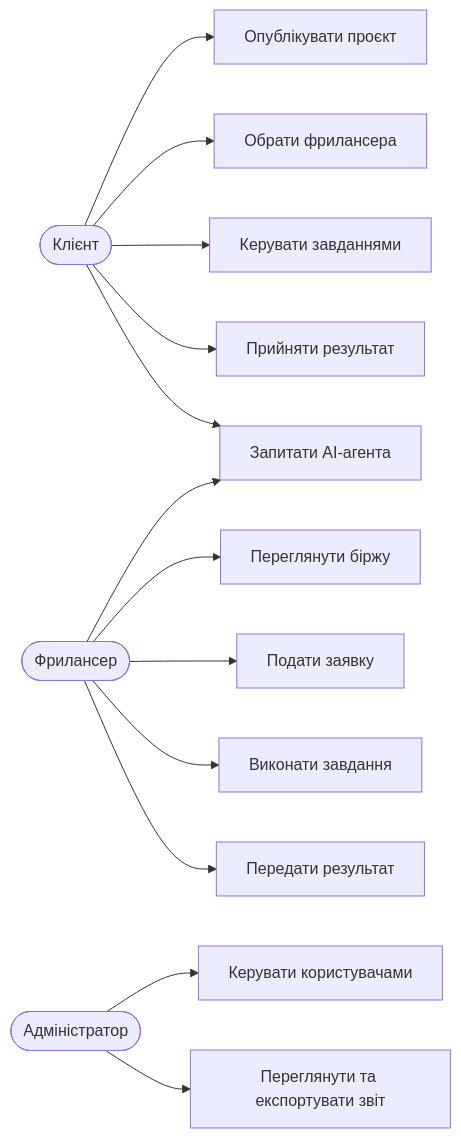
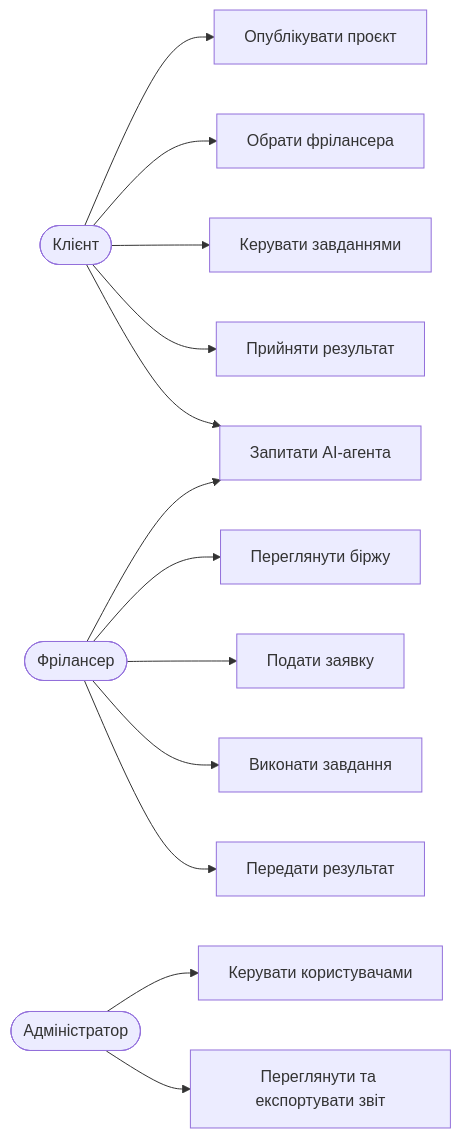
One commit to mievvchuk/Tasko.ai changed the diagram in docs/diagrams/use-case.mmd. Above: the diagram before and after it, drawn with Mermaid. The commit also changed 32 other files, not shown here.

```diff
--- a/docs/diagrams/use-case.mmd
+++ b/docs/diagrams/use-case.mmd
@@ -1,13 +1,13 @@
 flowchart LR
   Client([Клієнт]) --> Publish[Опублікувати проєкт]
-  Client --> Choose[Обрати фрилансера]
+  Client --> Choose[Обрати фрілансера]
   Client --> Manage[Керувати завданнями]
   Client --> Accept[Прийняти результат]
-  Freelancer([Фрилансер]) --> Browse[Переглянути біржу]
+  Freelancer([Фрілансер]) --> Browse[Переглянути біржу]
   Freelancer --> Apply[Подати заявку]
   Freelancer --> Work[Виконати завдання]
   Freelancer --> Submit[Передати результат]
   Admin([Адміністратор]) --> Users[Керувати користувачами]
   Admin --> Report[Переглянути та експортувати звіт]
   Client --> Agent[Запитати AI-агента]
   Freelancer --> Agent
```
